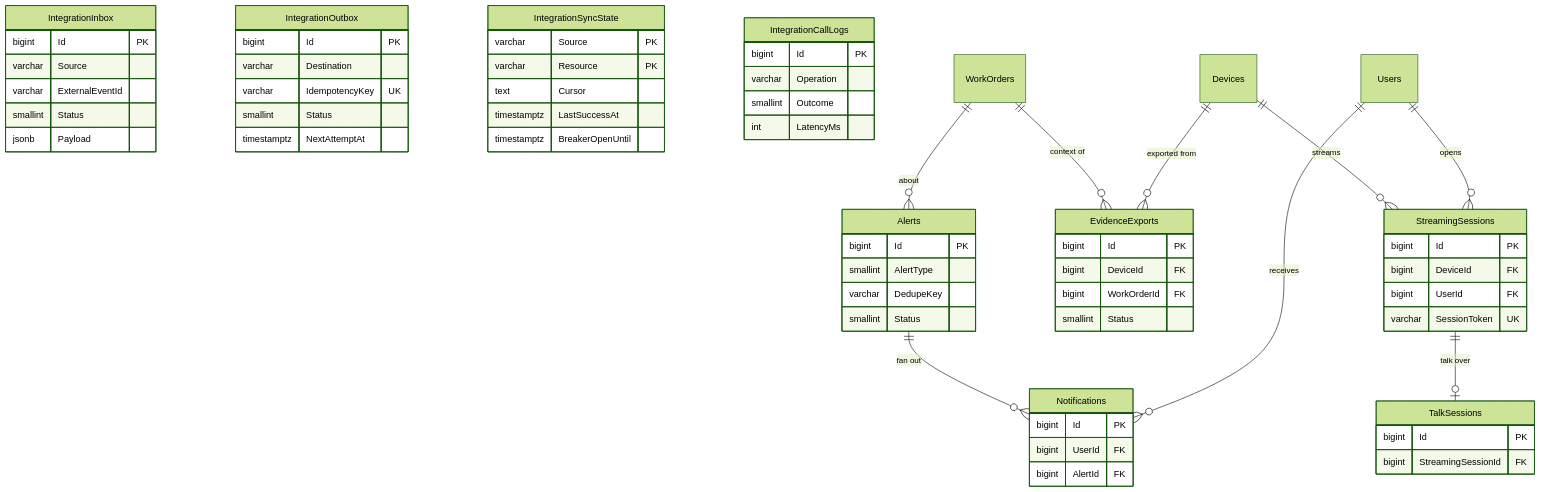
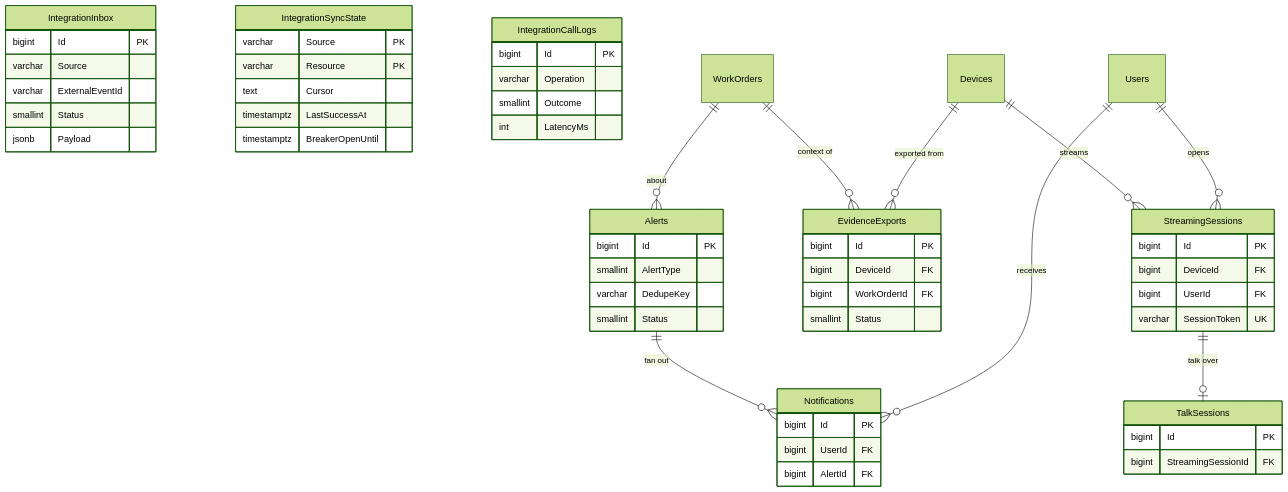
The third of 3 diagrams in docs/blueprint/04-database-design.md (b-werayut/psd-bodycam-v1.0), drawn with Mermaid (forest theme) before and after one commit. The commit also changed other lines of this file and 304 other files, not shown here.

````diff
--- a/docs/blueprint/04-database-design.md
+++ b/docs/blueprint/04-database-design.md
@@ -209,65 +209,58 @@
 ```mermaid
 erDiagram
   IntegrationInbox {
     bigint Id PK
     varchar Source
     varchar ExternalEventId
     smallint Status
     jsonb Payload
-  }
-  IntegrationOutbox {
-    bigint Id PK
-    varchar Destination
-    varchar IdempotencyKey UK
-    smallint Status
-    timestamptz NextAttemptAt
   }
   IntegrationSyncState {
     varchar Source PK
     varchar Resource PK
     text Cursor
     timestamptz LastSuccessAt
     timestamptz BreakerOpenUntil
   }
   IntegrationCallLogs {
     bigint Id PK
     varchar Operation
     smallint Outcome
     int LatencyMs
   }
   Devices ||--o{ StreamingSessions : streams
   Users ||--o{ StreamingSessions : opens
   StreamingSessions ||--o| TalkSessions : "talk over"
   WorkOrders ||--o{ EvidenceExports : "context of"
   Devices ||--o{ EvidenceExports : "exported from"
   Alerts ||--o{ Notifications : "fan out"
   Users ||--o{ Notifications : receives
   WorkOrders ||--o{ Alerts : about
   StreamingSessions {
     bigint Id PK
     bigint DeviceId FK
     bigint UserId FK
     varchar SessionToken UK
   }
   TalkSessions {
     bigint Id PK
     bigint StreamingSessionId FK
   }
   EvidenceExports {
     bigint Id PK
     bigint DeviceId FK
     bigint WorkOrderId FK
     smallint Status
   }
   Alerts {
     bigint Id PK
     smallint AlertType
     varchar DedupeKey
     smallint Status
   }
   Notifications {
     bigint Id PK
     bigint UserId FK
     bigint AlertId FK
   }
 ```
````
